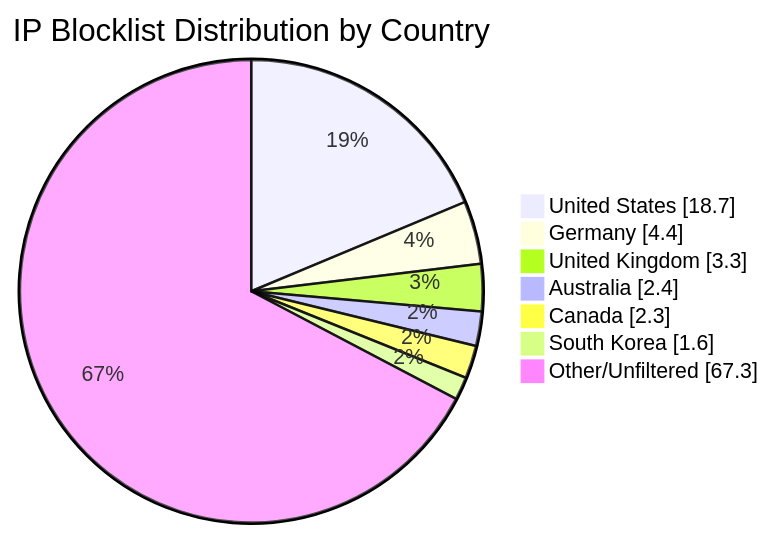
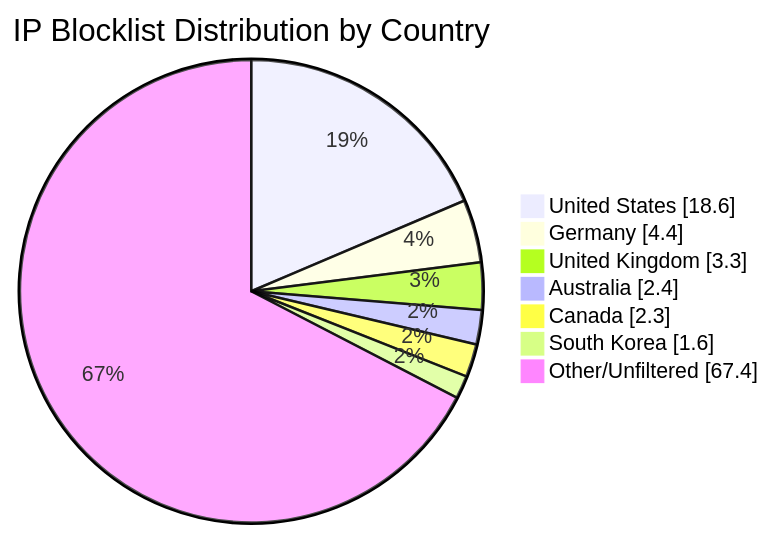
One commit to MarcusHoltz/ipblocklist-geofiltered-aggregator changed the diagram in README.md. Above: the diagram before and after it, drawn with Mermaid. The commit also changed other lines of this file and 9 other files, not shown here.

````diff
--- a/README.md
+++ b/README.md
@@ -34,10 +34,10 @@
 ```mermaid
 pie showData title IP Blocklist Distribution by Country
-"United States" : 18.7
+"United States" : 18.6
 "Germany" : 4.4
 "United Kingdom" : 3.3
 "Australia" : 2.4
 "Canada" : 2.3
 "South Korea" : 1.6
-"Other/Unfiltered" : 67.3
+"Other/Unfiltered" : 67.4
 ```
````
